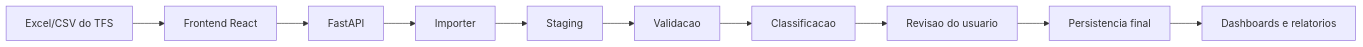
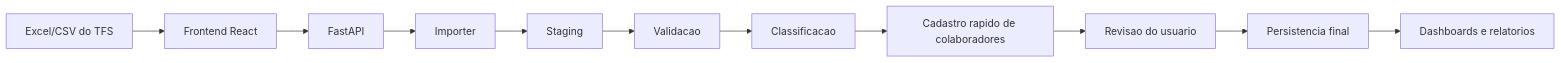
Before and after one commit to GiovannaBarbieri/alfred: the diagram in docs/07-arquitetura-tecnica.md, drawn with Mermaid. The commit also changed other lines of this file and 8 other files, not shown here.

Commit message:
Update documentation for import review flow

````diff
--- a/docs/07-arquitetura-tecnica.md
+++ b/docs/07-arquitetura-tecnica.md
@@ -21,12 +21,13 @@
 ```mermaid
 flowchart LR
   A["Excel/CSV do TFS"] --> B["Frontend React"]
   B --> C["FastAPI"]
   C --> D["Importer"]
   D --> E["Staging"]
   E --> F["Validacao"]
   F --> G["Classificacao"]
-  G --> H["Revisao do usuario"]
-  H --> I["Persistencia final"]
-  I --> J["Dashboards e relatorios"]
+  G --> H["Cadastro rapido de colaboradores"]
+  H --> I["Revisao do usuario"]
+  I --> J["Persistencia final"]
+  J --> K["Dashboards e relatorios"]
 ```
````
